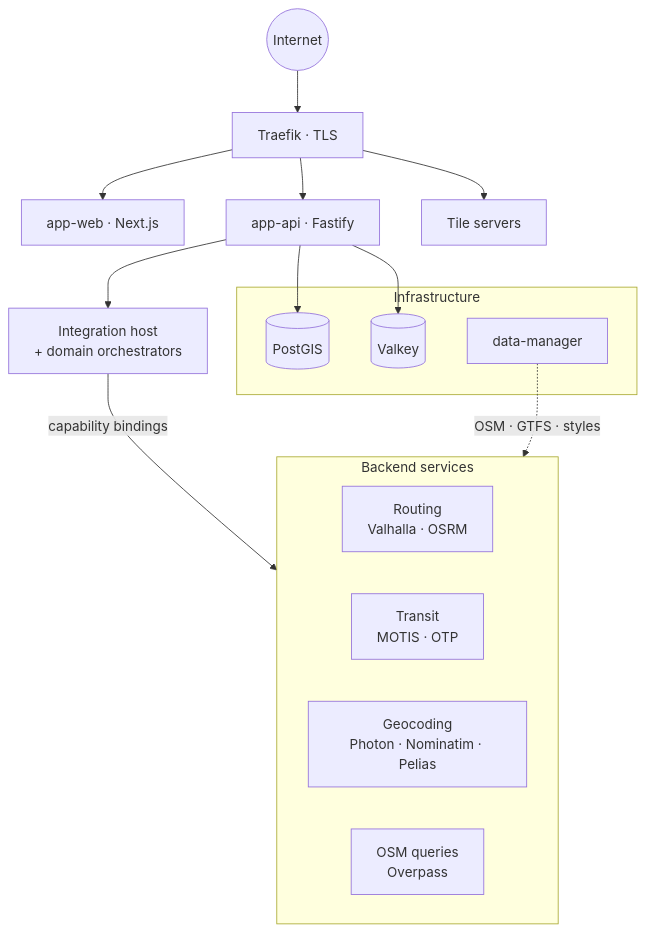
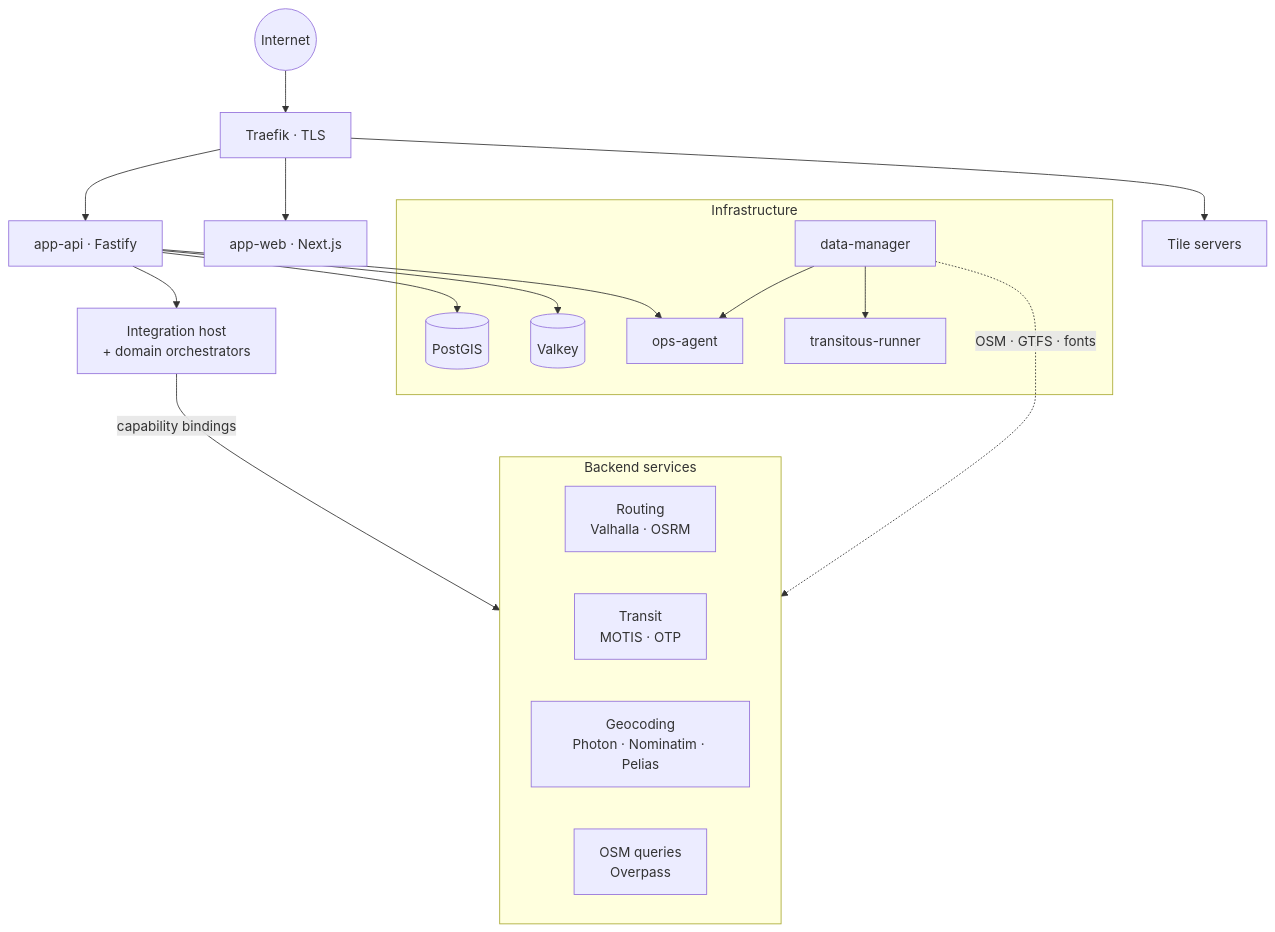
One commit to OpenMapX/openmapx changed the diagram in docs/docs/overview/how-it-works.md. Above: the diagram before and after it, drawn with Mermaid. The commit also changed other lines of this file and 29 other files, not shown here.

````diff
--- a/docs/docs/overview/how-it-works.md
+++ b/docs/docs/overview/how-it-works.md
@@ -47,27 +47,32 @@
 ```mermaid
 graph TD
     Internet((Internet)) --> Traefik["Traefik · TLS"]
     Traefik --> Web["app-web · Next.js"]
     Traefik --> API["app-api · Fastify"]
     Traefik --> Tiles["Tile servers"]
 
     API --> Host["Integration host<br/>+ domain orchestrators"]
     Host -->|capability bindings| Engines
 
     subgraph Engines["Backend services"]
       Routing["Routing<br/>Valhalla · OSRM"]
       Transit["Transit<br/>MOTIS · OTP"]
       Geocoding["Geocoding<br/>Photon · Nominatim · Pelias"]
       Queries["OSM queries<br/>Overpass"]
     end
 
     subgraph Infra["Infrastructure"]
       PG[("PostGIS")]
       Cache[("Valkey")]
       DM["data-manager"]
+      Ops["ops-agent"]
+      TR["transitous-runner"]
     end
 
     API --> PG
     API --> Cache
-    DM -.->|OSM · GTFS · styles| Engines
+    API --> Ops
+    DM --> Ops
+    DM --> TR
+    DM -.->|OSM · GTFS · fonts| Engines
 ```
````
